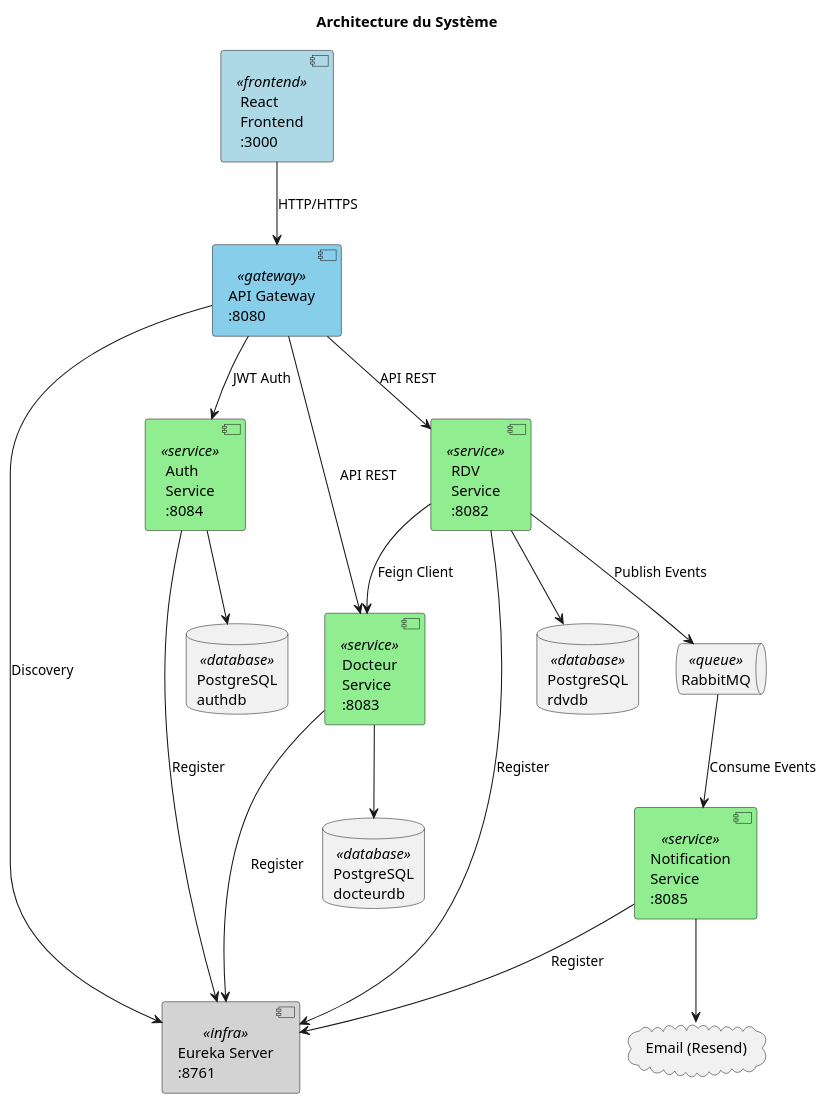
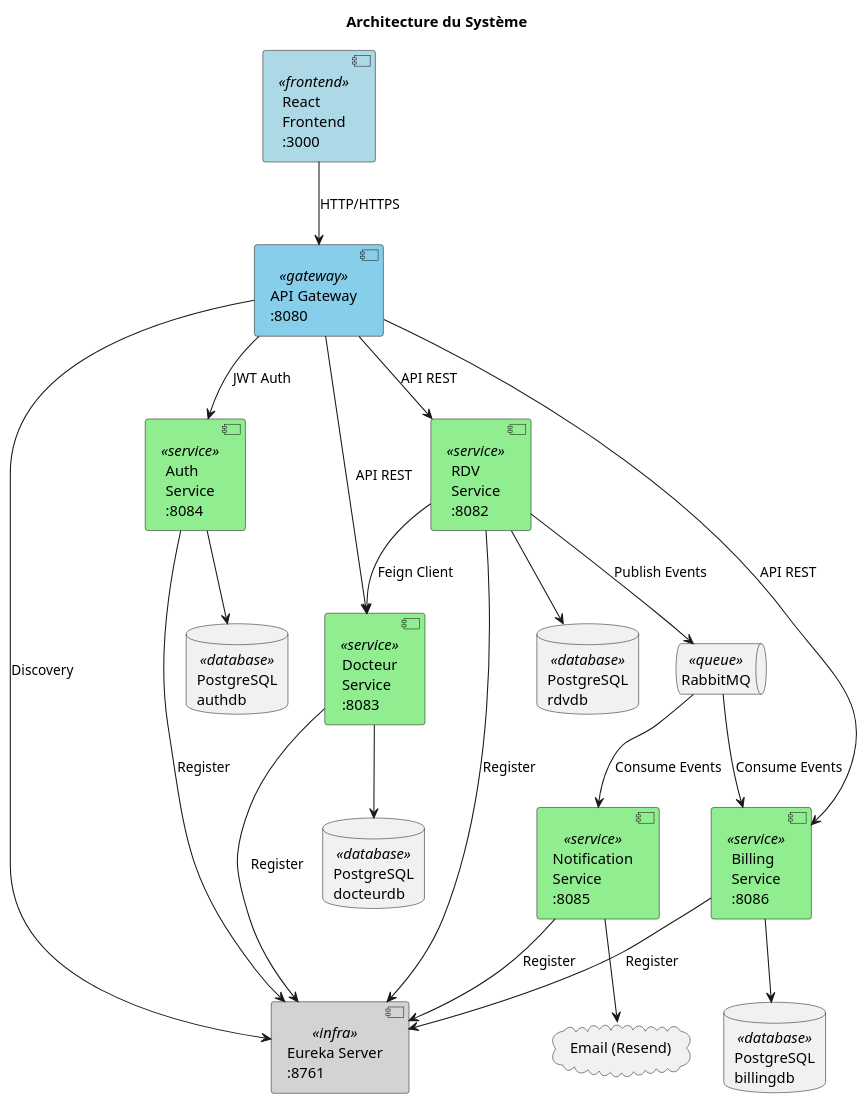
The diagram in diagrams/1-architecture-systeme.puml (sohaibmokhliss/microservices-medical-appointment), drawn with PlantUML before and after one commit. The commit also changed 3 other files, not shown here.

Commit message:
Update PlantUML diagrams to include billing-service

```diff
--- a/diagrams/1-architecture-systeme.puml
+++ b/diagrams/1-architecture-systeme.puml
@@ -1,53 +1,59 @@
 @startuml Architecture Système
 
 skinparam backgroundColor white
 skinparam component {
     BackgroundColor<<frontend>> LightBlue
     BackgroundColor<<service>> LightGreen
     BackgroundColor<<gateway>> SkyBlue
     BackgroundColor<<infra>> LightGray
     BackgroundColor<<database>> LightYellow
     BackgroundColor<<queue>> Orange
 }
 
 title Architecture du Système
 
 component "React\nFrontend\n:3000" <<frontend>> as frontend
 
 component "API Gateway\n:8080" <<gateway>> as gateway
 component "Eureka Server\n:8761" <<infra>> as eureka
 
 component "Auth\nService\n:8084" <<service>> as auth
 component "Docteur\nService\n:8083" <<service>> as docteur
 component "RDV\nService\n:8082" <<service>> as rdv
 component "Notification\nService\n:8085" <<service>> as notif
+component "Billing\nService\n:8086" <<service>> as billing
 
 database "PostgreSQL\nauthdb" <<database>> as db0
 database "PostgreSQL\ndocteurdb" <<database>> as db1
 database "PostgreSQL\nrdvdb" <<database>> as db2
+database "PostgreSQL\nbillingdb" <<database>> as db3
 
 queue "RabbitMQ" <<queue>> as rabbit
 
 cloud "Email (Resend)" as external
 
 frontend --> gateway : HTTP/HTTPS
 gateway --> auth : JWT Auth
 gateway --> docteur : API REST
 gateway --> rdv : API REST
+gateway --> billing : API REST
 
 rdv --> docteur : Feign Client
 rdv --> rabbit : Publish Events
 rabbit --> notif : Consume Events
+rabbit --> billing : Consume Events
 
 auth --> db0
 docteur --> db1
 rdv --> db2
+billing --> db3
 notif --> external
 
 auth --> eureka : Register
 docteur --> eureka : Register
 rdv --> eureka : Register
 notif --> eureka : Register
+billing --> eureka : Register
 gateway --> eureka : Discovery
 
 @enduml
```
